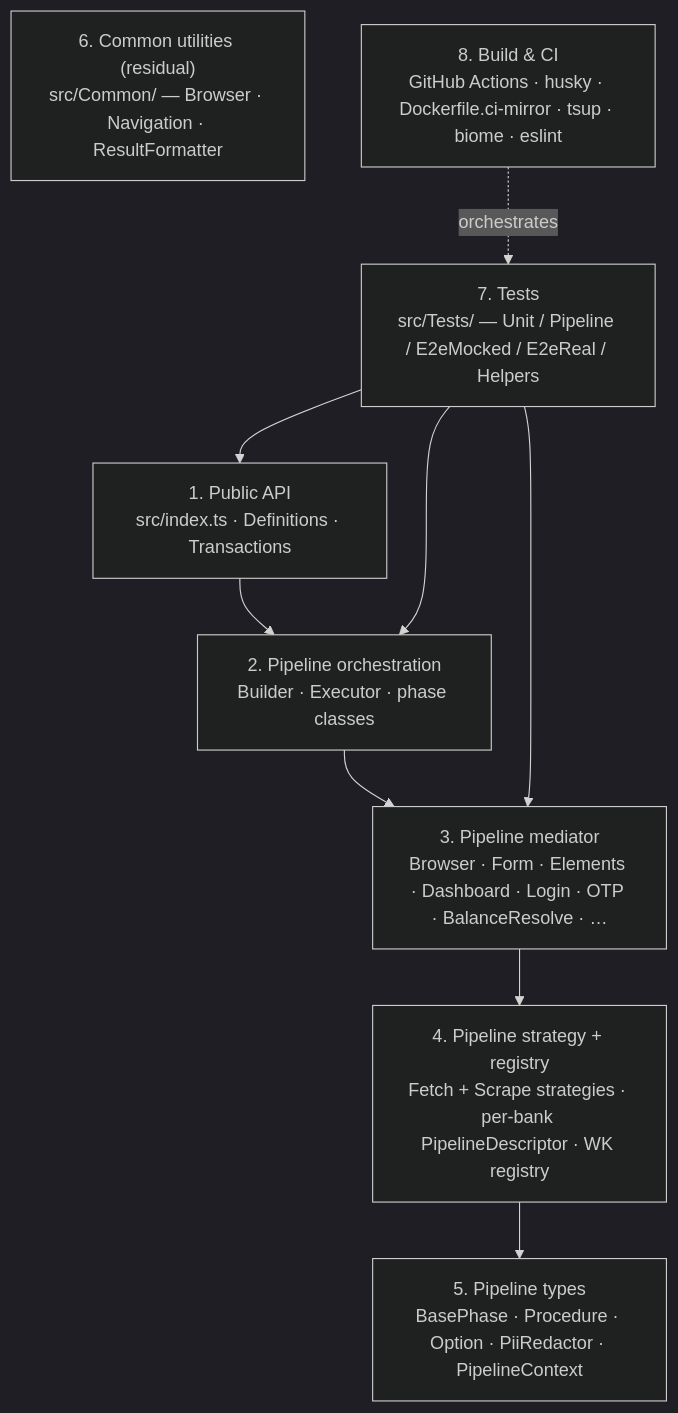
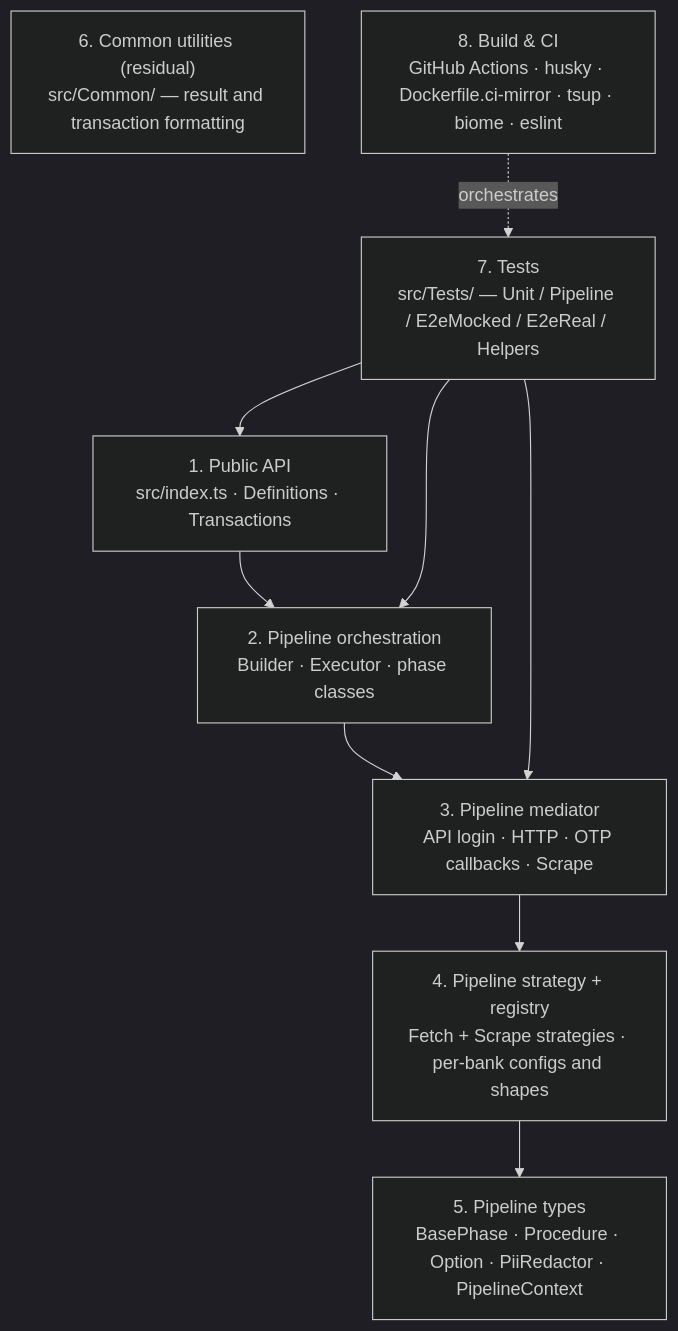
The diagram in docs/architecture/layers.md (sergienko4/israeli-bank-scrapers), drawn with Mermaid (dark theme) before and after one commit. The commit also changed other lines of this file and 60 other files, not shown here.

````diff
--- a/docs/architecture/layers.md
+++ b/docs/architecture/layers.md
@@ -5,18 +5,18 @@
 ```mermaid
 flowchart TB
     L1["1. Public API<br/>src/index.ts · Definitions · Transactions"]
     L2["2. Pipeline orchestration<br/>Builder · Executor · phase classes"]
-    L3["3. Pipeline mediator<br/>Browser · Form · Elements · Dashboard · Login · OTP · BalanceResolve · …"]
-    L4["4. Pipeline strategy + registry<br/>Fetch + Scrape strategies · per-bank PipelineDescriptor · WK registry"]
+    L3["3. Pipeline mediator<br/>API login · HTTP · OTP callbacks · Scrape"]
+    L4["4. Pipeline strategy + registry<br/>Fetch + Scrape strategies · per-bank configs and shapes"]
     L5["5. Pipeline types<br/>BasePhase · Procedure · Option · PiiRedactor · PipelineContext"]
-    L6["6. Common utilities (residual)<br/>src/Common/ — Browser · Navigation · ResultFormatter"]
+    L6["6. Common utilities (residual)<br/>src/Common/ — result and transaction formatting"]
     L7["7. Tests<br/>src/Tests/ — Unit / Pipeline / E2eMocked / E2eReal / Helpers"]
     L8["8. Build & CI<br/>GitHub Actions · husky · Dockerfile.ci-mirror · tsup · biome · eslint"]
 
     L1 --> L2
     L2 --> L3 --> L4 --> L5
     L7 --> L1
     L7 --> L2
     L7 --> L3
     L8 -.->|"orchestrates"| L7
 ```
````
